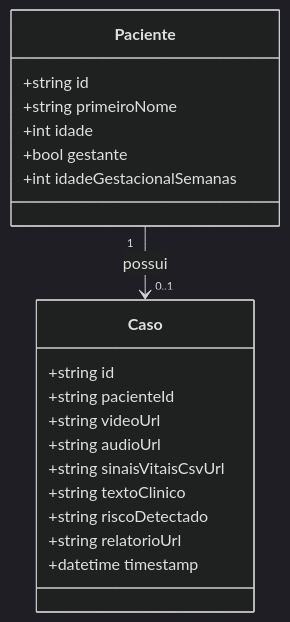
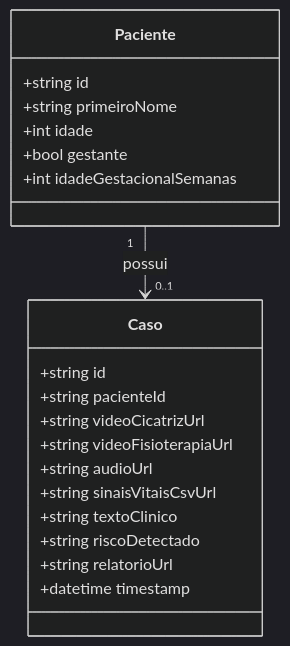
Before and after one commit to nurycaroline/8iadt-tc-fase4: the diagram in docs/arquitetura.md, drawn with Mermaid (dark theme). The commit also changed other lines of this file and 16 other files, not shown here.

````diff
--- a/docs/arquitetura.md
+++ b/docs/arquitetura.md
@@ -91,22 +94,23 @@
 ```mermaid
 classDiagram
     class Paciente {
       +string id
       +string primeiroNome
       +int idade
       +bool gestante
       +int idadeGestacionalSemanas
     }
     class Caso {
       +string id
       +string pacienteId
-      +string videoUrl
+      +string videoCicatrizUrl
+      +string videoFisioterapiaUrl
       +string audioUrl
       +string sinaisVitaisCsvUrl
       +string textoClinico
       +string riscoDetectado
       +string relatorioUrl
       +datetime timestamp
     }
     Paciente "1" --> "0..1" Caso : possui
 ```
````
